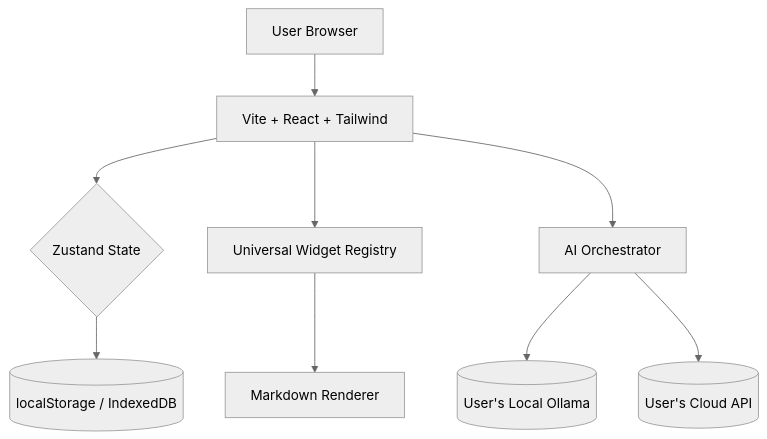
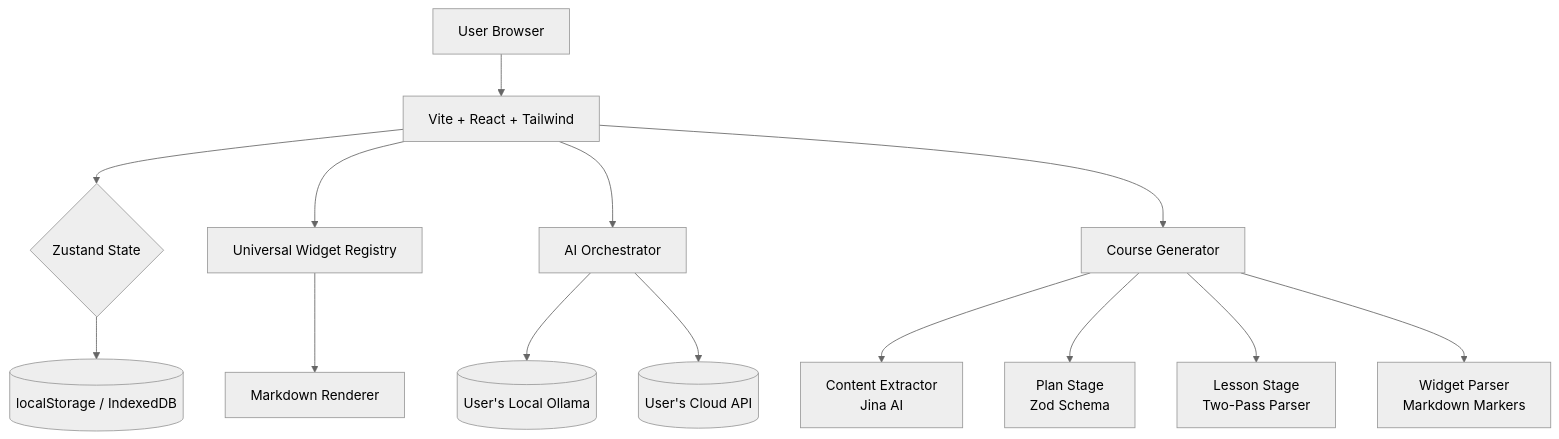
Before and after one commit to alshamali-tech/interactive-roadmaps: the diagram in README.md, drawn with Mermaid (neutral theme). The commit also changed other lines of this file, not shown here.

````diff
--- a/README.md
+++ b/README.md
@@ -96,11 +120,16 @@
 ```mermaid
 graph TD
     A[User Browser] --> B[Vite + React + Tailwind]
     B --> C{Zustand State}
     C --> D[(localStorage / IndexedDB)]
     B --> E[Universal Widget Registry]
     E --> F[Markdown Renderer]
     B --> G[AI Orchestrator]
     G --> H[(User's Local Ollama)]
     G --> I[(User's Cloud API)]
+    B --> J[Course Generator]
+    J --> K[Content Extractor<br/>Jina AI]
+    J --> L[Plan Stage<br/>Zod Schema]
+    J --> M[Lesson Stage<br/>Two-Pass Parser]
+    J --> N[Widget Parser<br/>Markdown Markers]
 ```
````
